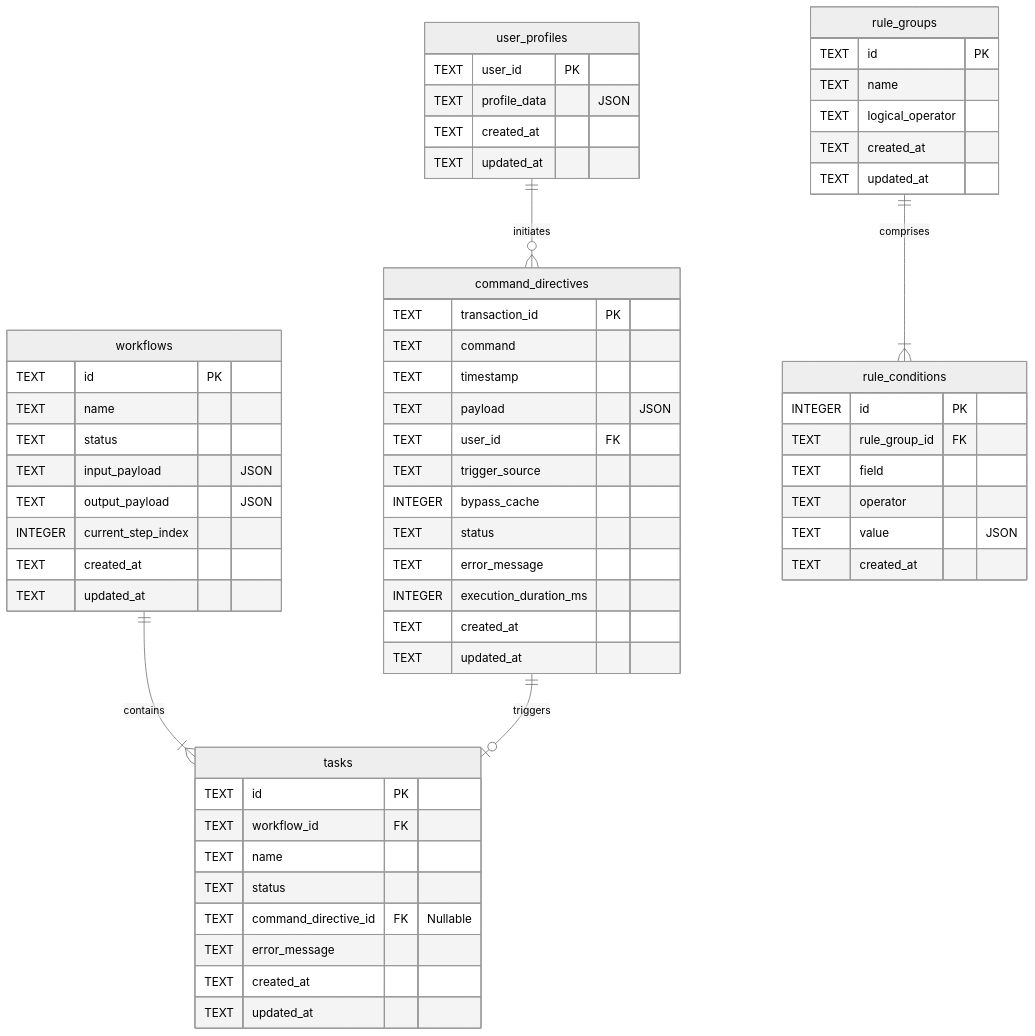
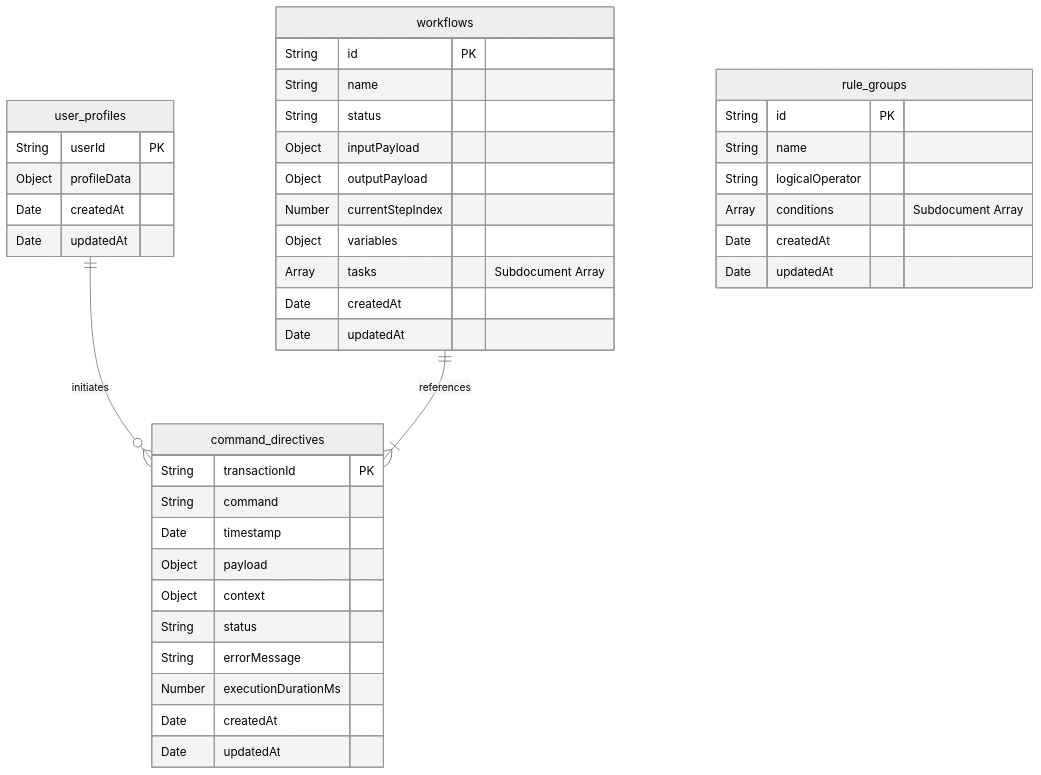
Before and after one commit to king-defender/Jarvis-V1: the diagram in docs/05-Database-Schema.md, drawn with Mermaid (neutral theme). The commit also changed other lines of this file and 50 other files, not shown here.

````diff
--- a/docs/05-Database-Schema.md
+++ b/docs/05-Database-Schema.md
@@ -7,68 +9,47 @@
 ```mermaid
 erDiagram
     user_profiles {
-        TEXT user_id PK
-        TEXT profile_data "JSON"
-        TEXT created_at
-        TEXT updated_at
-    }
-    
-    command_directives {
-        TEXT transaction_id PK
-        TEXT command
-        TEXT timestamp
-        TEXT payload "JSON"
-        TEXT user_id FK
-        TEXT trigger_source
-        INTEGER bypass_cache
-        TEXT status
-        TEXT error_message
-        INTEGER execution_duration_ms
-        TEXT created_at
-        TEXT updated_at
-    }
+        String userId PK
+        Object profileData
+        Date createdAt
+        Date updatedAt
+      }
+      
+      command_directives {
+        String transactionId PK
+        String command
+        Date timestamp
+        Object payload
+        Object context
+        String status
+        String errorMessage
+        Number executionDurationMs
+        Date createdAt
+        Date updatedAt
+      }
 
-    workflows {
-        TEXT id PK
-        TEXT name
-        TEXT status
-        TEXT input_payload "JSON"
-        TEXT output_payload "JSON"
-        INTEGER current_step_index
-        TEXT created_at
-        TEXT updated_at
-    }
+      workflows {
+        String id PK
+        String name
+        String status
+        Object inputPayload
+        Object outputPayload
+        Number currentStepIndex
+        Object variables
+        Array tasks "Subdocument Array"
+        Date createdAt
+        Date updatedAt
+      }
 
-    tasks {
-        TEXT id PK
-        TEXT workflow_id FK
-        TEXT name
-        TEXT status
-        TEXT command_directive_id FK "Nullable"
-        TEXT error_message
-        TEXT created_at
-        TEXT updated_at
-    }
+      rule_groups {
+        String id PK
+        String name
+        String logicalOperator
+        Array conditions "Subdocument Array"
+        Date createdAt
+        Date updatedAt
+      }
 
-    rule_groups {
-        TEXT id PK
-        TEXT name
-        TEXT logical_operator
-        TEXT created_at
-        TEXT updated_at
-    }
-
-    rule_conditions {
-        INTEGER id PK
-        TEXT rule_group_id FK
-        TEXT field
-        TEXT operator
-        TEXT value "JSON"
-        TEXT created_at
-    }
-
-    user_profiles ||--o{ command_directives : "initiates"
-    workflows ||--|{ tasks : "contains"
-    command_directives ||--o| tasks : "triggers"
-    rule_groups ||--|{ rule_conditions : "comprises"
+      user_profiles ||--o{ command_directives : "initiates"
+      workflows ||--|{ command_directives : "references"
 ```
````
